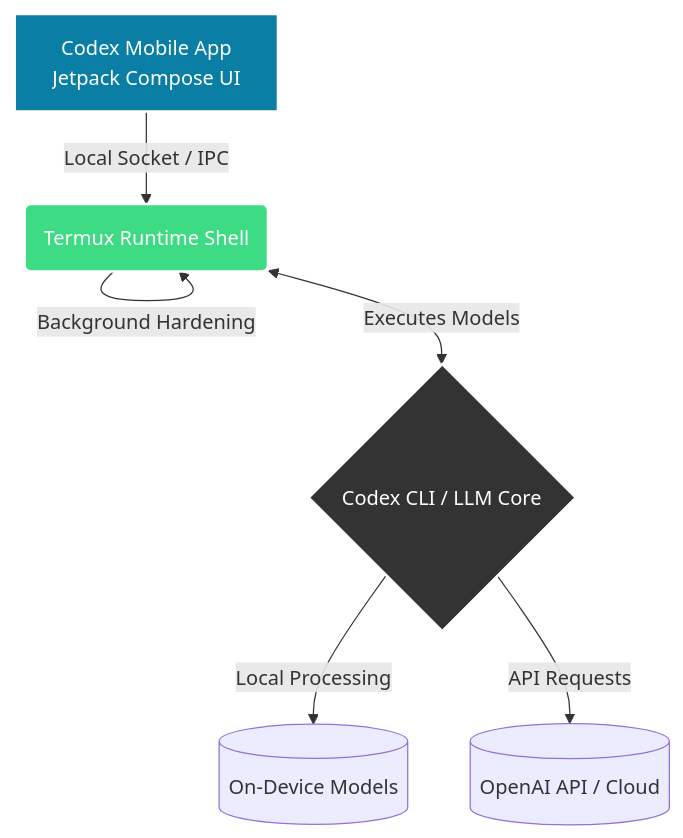
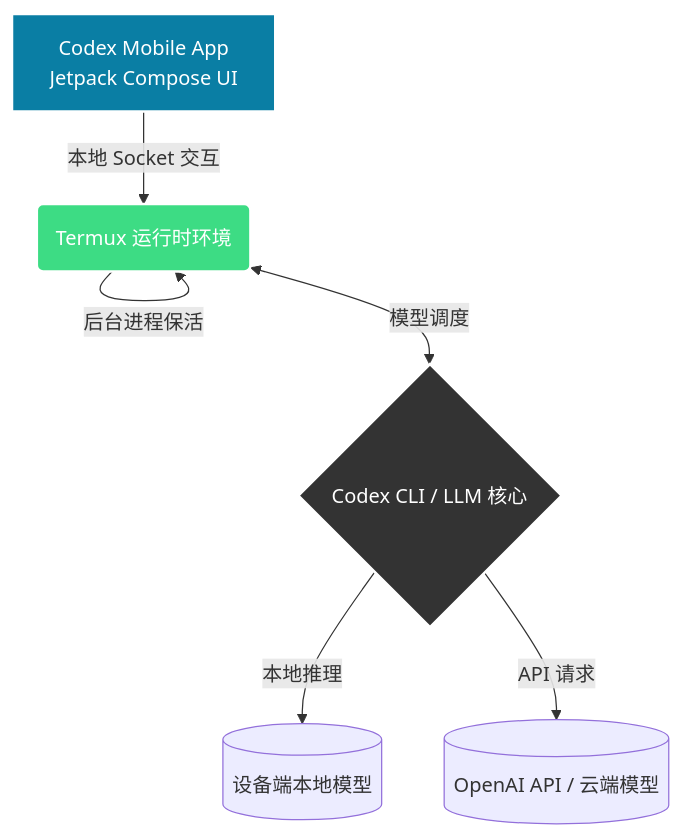
Before and after one commit to aeewws/codex-mobile: the diagram in README.md, drawn with Mermaid. The commit also changed other lines of this file and 14 other files, not shown here.

````diff
--- a/README.md
+++ b/README.md
@@ -67,12 +63,12 @@
 ```mermaid
 graph TD
-    A[Codex Mobile App<br>Jetpack Compose UI] -->|Local Socket / IPC| B(Termux Runtime Shell)
-    B -->|Background Hardening| B
-    B <-->|Executes Models| C{Codex CLI / LLM Core}
-    C -->|Local Processing| D[(On-Device Models)]
-    C -->|API Requests| E[(OpenAI API / Cloud)]
+    A[Codex Mobile App<br>Jetpack Compose UI] -->|本地 Socket 交互| B(Termux 运行时环境)
+    B -->|后台进程保活| B
+    B <-->|模型调度| C{Codex CLI / LLM 核心}
+    C -->|本地推理| D[(设备端本地模型)]
+    C -->|API 请求| E[(OpenAI API / 云端模型)]
     
     style A fill:#0A7EA4,stroke:#fff,stroke-width:2px,color:#fff
     style B fill:#3DDC84,stroke:#fff,stroke-width:2px,color:#fff
     style C fill:#333,stroke:#fff,stroke-width:2px,color:#fff
 ```
````
